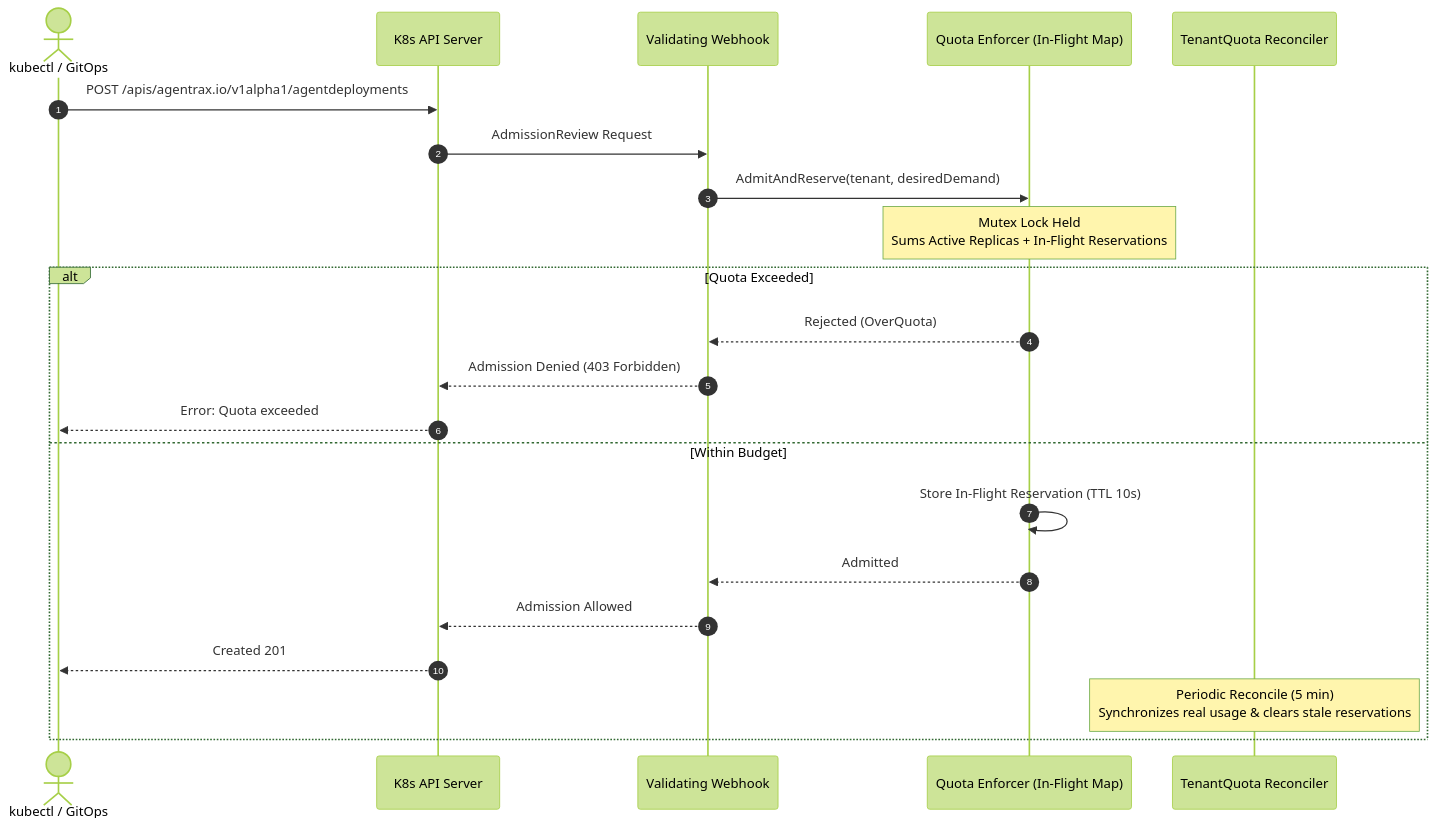
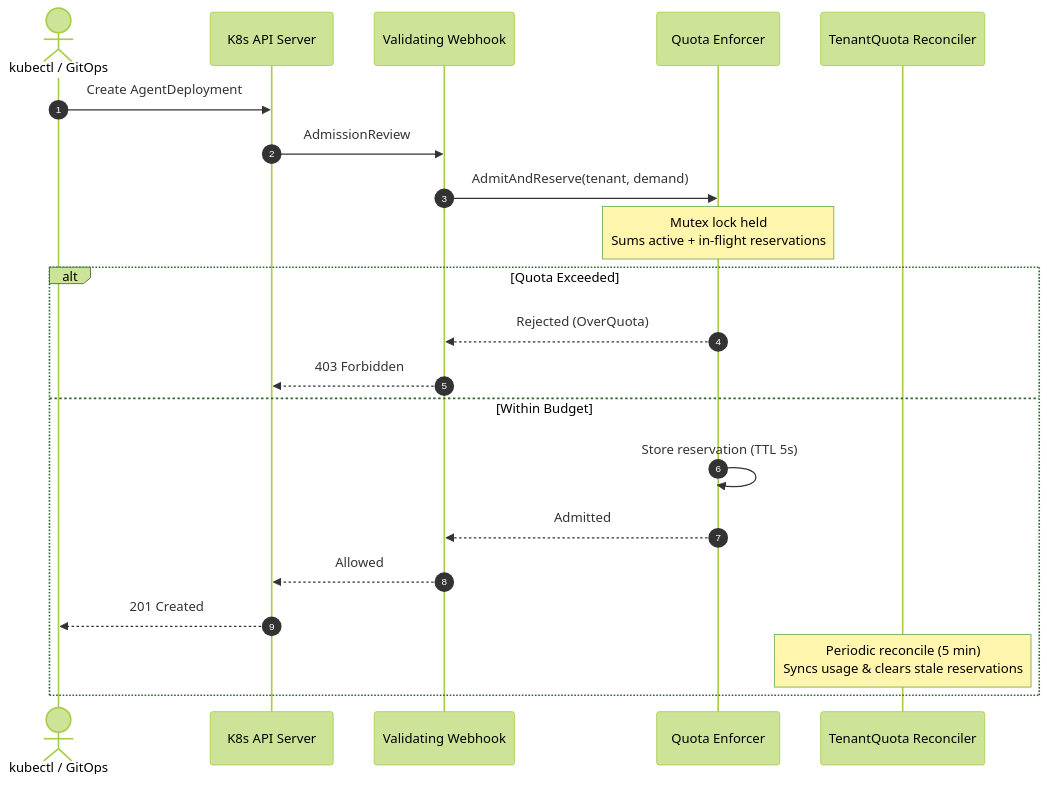
Before and after one commit to gitcommitankit/agentrax: the second of 4 diagrams in docs/ARCHITECTURE.md, drawn with Mermaid (forest theme). The commit also changed other lines of this file, not shown here.

Commit message:
docs: overhaul architecture documentation with updated structure, diagrams, and design principle.

````diff
--- a/docs/ARCHITECTURE.md
+++ b/docs/ARCHITECTURE.md
@@ -116,25 +401,24 @@
 ```mermaid
 sequenceDiagram
     autonumber
     actor User as kubectl / GitOps
     participant APIServer as K8s API Server
     participant Webhook as Validating Webhook
-    participant Enforcer as Quota Enforcer (In-Flight Map)
+    participant Enforcer as Quota Enforcer
     participant Reconciler as TenantQuota Reconciler
 
-    User->>APIServer: POST /apis/agentrax.io/v1alpha1/agentdeployments
-    APIServer->>Webhook: AdmissionReview Request
-    Webhook->>Enforcer: AdmitAndReserve(tenant, desiredDemand)
-    Note over Enforcer: Mutex Lock Held<br/>Sums Active Replicas + In-Flight Reservations
+    User->>APIServer: Create AgentDeployment
+    APIServer->>Webhook: AdmissionReview
+    Webhook->>Enforcer: AdmitAndReserve(tenant, demand)
+    Note over Enforcer: Mutex lock held<br/>Sums active + in-flight reservations
     alt Quota Exceeded
         Enforcer-->>Webhook: Rejected (OverQuota)
-        Webhook-->>APIServer: Admission Denied (403 Forbidden)
-        APIServer-->>User: Error: Quota exceeded
+        Webhook-->>APIServer: 403 Forbidden
     else Within Budget
-        Enforcer->>Enforcer: Store In-Flight Reservation (TTL 10s)
+        Enforcer->>Enforcer: Store reservation (TTL 5s)
         Enforcer-->>Webhook: Admitted
-        Webhook-->>APIServer: Admission Allowed
-        APIServer-->>User: Created 201
-        Note over Reconciler: Periodic Reconcile (5 min)<br/>Synchronizes real usage & clears stale reservations
+        Webhook-->>APIServer: Allowed
+        APIServer-->>User: 201 Created
+        Note over Reconciler: Periodic reconcile (5 min)<br/>Syncs usage & clears stale reservations
     end
 ```
````
